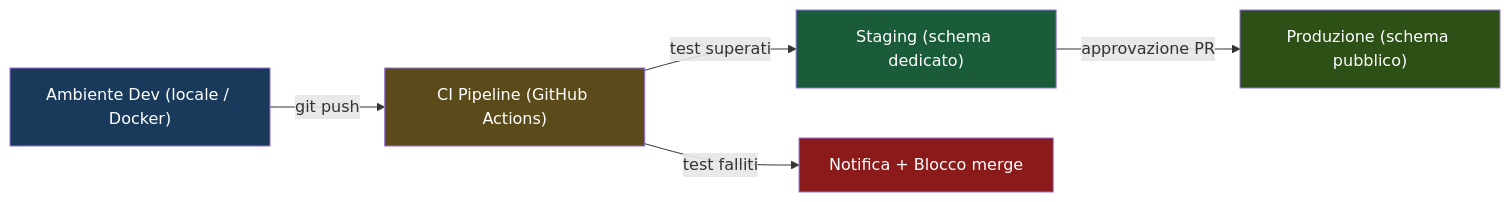
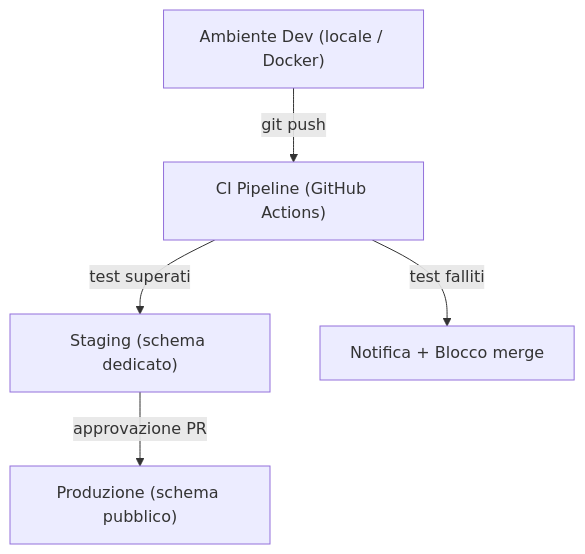
One commit to AndreyBertasini/gynnitech changed the third of 4 diagrams in src/content/corso/infrastructure-ops/cicd.mdx. Above: the diagram before and after it, drawn with Mermaid. The commit also changed other lines of this file and 110 other files, not shown here.

First line of the commit message:
chore(content): optimize mermaid diagrams for mobile and dark theme

````diff
--- a/src/content/corso/infrastructure-ops/cicd.mdx
+++ b/src/content/corso/infrastructure-ops/cicd.mdx
@@ -368,14 +365,9 @@
 ```mermaid
-flowchart LR
+flowchart TD
     DEV["Ambiente Dev (locale / Docker)"] -->|"git push"| CI["CI Pipeline (GitHub Actions)"]
     CI -->|"test superati"| STAGING["Staging (schema dedicato)"]
     STAGING -->|"approvazione PR"| PROD["Produzione (schema pubblico)"]
 
     CI -->|"test falliti"| FAIL["Notifica + Blocco merge"]
 
-    style DEV fill:#1a3a5c,color:#ffffff
-    style CI fill:#5c4b1a,color:#ffffff
-    style STAGING fill:#1a5c3a,color:#ffffff
-    style PROD fill:#2d5016,color:#ffffff
-    style FAIL fill:#8b1a1a,color:#ffffff
 ```
````
